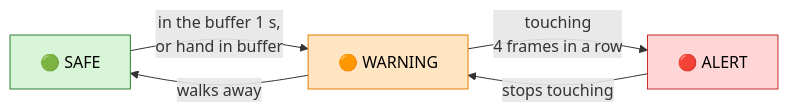
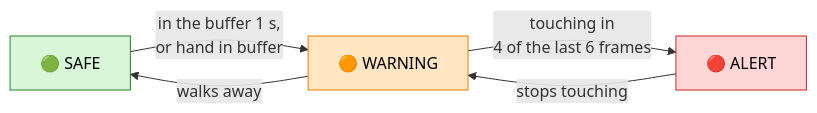
Before and after one commit to NyChieng/Innovation-Private-Proto: the third of 6 diagrams in ai-vision-node/README.md, drawn with Mermaid. The commit also changed other lines of this file and 3 other files, not shown here.

````diff
--- a/ai-vision-node/README.md
+++ b/ai-vision-node/README.md
@@ -92,14 +93,14 @@
 ```mermaid
 flowchart LR
     S["🟢 SAFE"] -- "in the buffer 1 s,<br/>or hand in buffer" --> W["🟠 WARNING"]
-    W -- "touching<br/>4 frames in a row" --> A["🔴 ALERT"]
+    W -- "touching in<br/>4 of the last 6 frames" --> A["🔴 ALERT"]
     A -- "stops touching" --> W
     W -- "walks away" --> S
 
     classDef safe fill:#d8f5d8,stroke:#2e7d32,color:#000
     classDef warn fill:#ffe5c2,stroke:#e67e00,color:#000
     classDef alert fill:#ffd6d6,stroke:#c62828,color:#000
     class S safe
     class W warn
     class A alert
 ```
````
